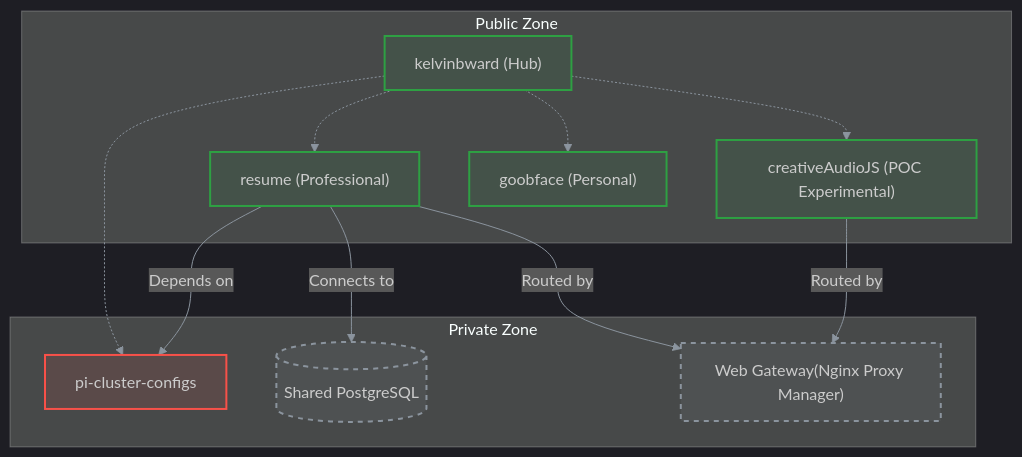
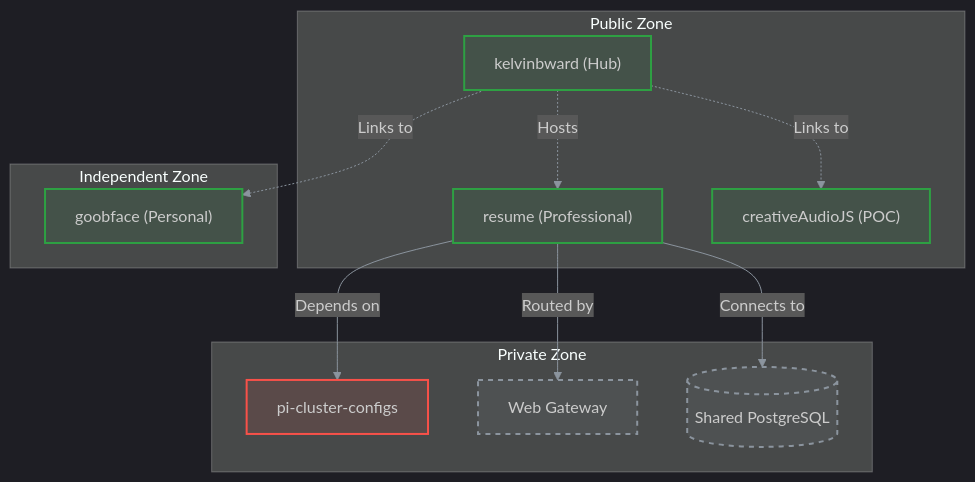
One commit to kelvinbward/kelvinbward changed the diagram in README.md. Above: the diagram before and after it, drawn with Mermaid. The commit also changed other lines of this file, not shown here.

Commit message:
Docs/qa and refinement (#11)
* feat: add hub deployment workflow and landing page

* docs: update system map in AGENTS.md

* docs: clarify goobface independence in readme and diagrams

````diff
--- a/README.md
+++ b/README.md
@@ -19,38 +19,38 @@
 ```mermaid
 %%{init: {'theme': 'dark', 'themeVariables': { 'lineColor': '#8b949e' }}}%%
 graph TD
     subgraph Public["Public Zone"]
         KBW["kelvinbward (Hub)"]
         RES["resume (Professional)"]
+        CAJS["creativeAudioJS (POC)"]
+    end
+    
+    subgraph Independent["Independent Zone"]
         GOOB["goobface (Personal)"]
-        CAJS["creativeAudioJS (POC Experimental)"]
     end
 
     subgraph Private["Private Zone"]
         PCC[pi-cluster-configs]
-        WG["Web Gateway(Nginx Proxy Manager)"]
+        WG["Web Gateway"]
         DB[(Shared PostgreSQL)]
     end
 
     %% Network Connections
     RES -->|Depends on| PCC
     RES -->|Connects to| DB
     RES -->|Routed by| WG
-
-    CAJS -->|Routed by| WG
-
-    %% Documentation Links
-    KBW -.-> PCC
-    KBW -.-> RES
-    KBW -.-> GOOB
-    KBW -.-> CAJS
+    
+    %% Relationships
+    KBW -.->|Hosts| RES
+    KBW -.->|Links to| GOOB
+    KBW -.->|Links to| CAJS
 
     %% Using 8-digit hex for transparency to avoid rgba() parser errors
     classDef public stroke:#2ea043,stroke-width:2px,fill:#2ea0431a;
     classDef private stroke:#f85149,stroke-width:2px,fill:#f851491a;
     classDef infra stroke:#8b949e,stroke-width:2px,fill:#8b949e1a,stroke-dasharray: 5 5;
 
     class KBW,RES,GOOB,CAJS public;
     class PCC private;
     class WG,DB infra;
 ```
````
